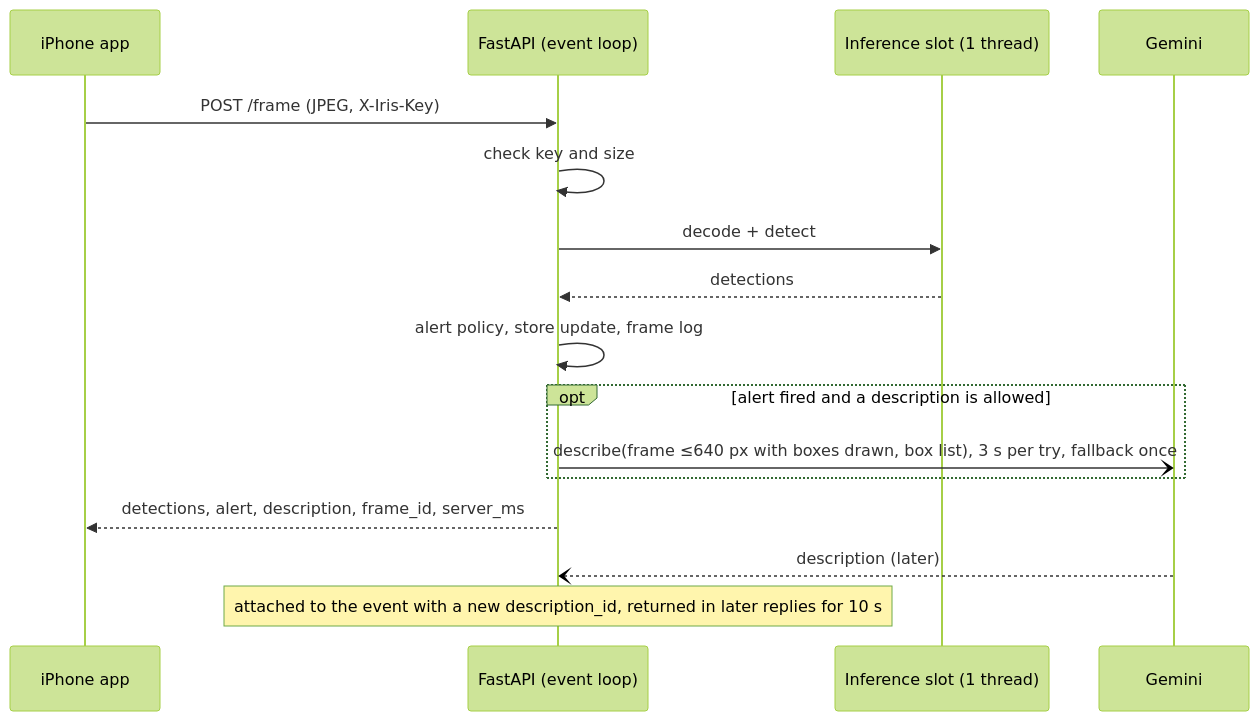
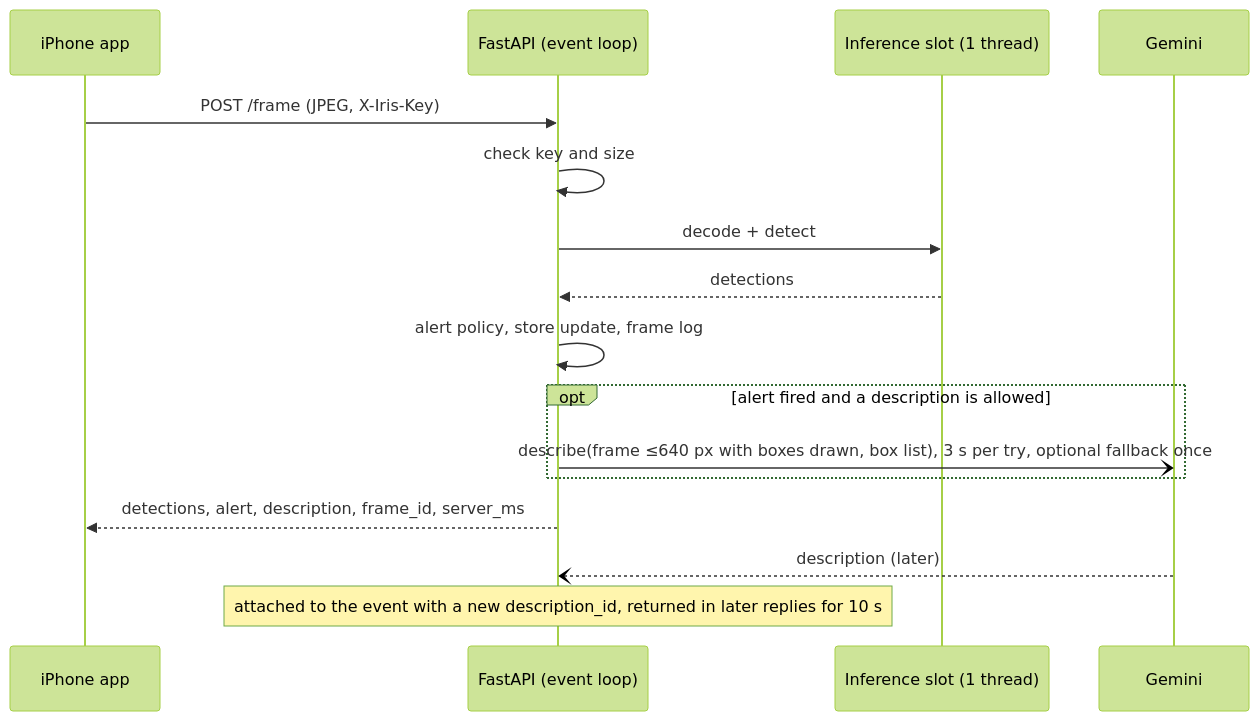
The second of 2 diagrams in docs/server-design.md (AshwinRG1/iris), drawn with Mermaid (forest theme) before and after one commit. The commit also changed other lines of this file, not shown here.

First line of the commit message:
docs: gemini-3.5-flash-lite is the main model, fallback optional (08)

````diff
--- a/docs/server-design.md
+++ b/docs/server-design.md
@@ -227,18 +227,18 @@
 ```mermaid
 sequenceDiagram
   participant App as iPhone app
   participant API as FastAPI (event loop)
   participant W as Inference slot (1 thread)
   participant Gem as Gemini
   App->>API: POST /frame (JPEG, X-Iris-Key)
   API->>API: check key and size
   API->>W: decode + detect
   W-->>API: detections
   API->>API: alert policy, store update, frame log
   opt alert fired and a description is allowed
-    API-)Gem: describe(frame ≤640 px with boxes drawn, box list), 3 s per try, fallback once
+    API-)Gem: describe(frame ≤640 px with boxes drawn, box list), 3 s per try, optional fallback once
   end
   API-->>App: detections, alert, description, frame_id, server_ms
   Gem--)API: description (later)
   Note over API: attached to the event with a new description_id, returned in later replies for 10 s
 ```
````
